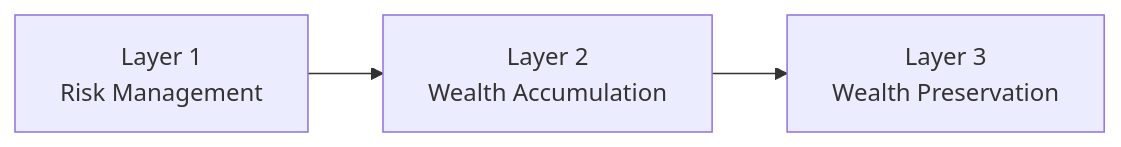
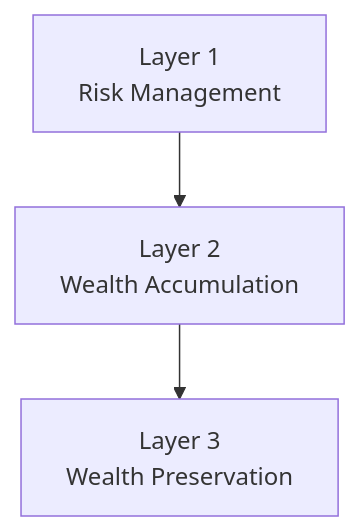
Before and after one commit to leotansingapore/aia-product-compass-hub: the second of 2 diagrams in docs/first-60-days/week-1/day-02.md, drawn with Mermaid. The commit also changed other lines of this file and 56 other files, not shown here.

Commit message:
Readability pass across first-60-days: styled HTML to tables/diagrams, cleaner formatting, no leaked metadata

````diff
--- a/docs/first-60-days/week-1/day-02.md
+++ b/docs/first-60-days/week-1/day-02.md
@@ -155,4 +155,5 @@
 ```mermaid
-flowchart LR
-    L1["Layer 1<br/>Risk Management"] --> L2["Layer 2<br/>Wealth Accumulation"] --> L3["Layer 3<br/>Wealth Preservation"]
+flowchart TD
+    L1["Layer 1<br/>Risk Management"] --> L2["Layer 2<br/>Wealth Accumulation"]
+    L2 --> L3["Layer 3<br/>Wealth Preservation"]
 ```
````
